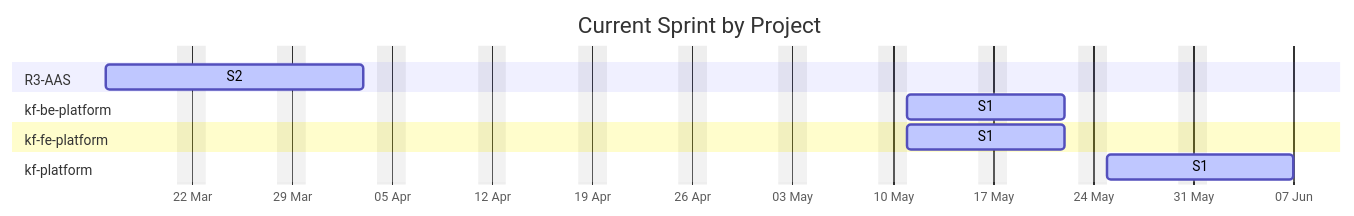
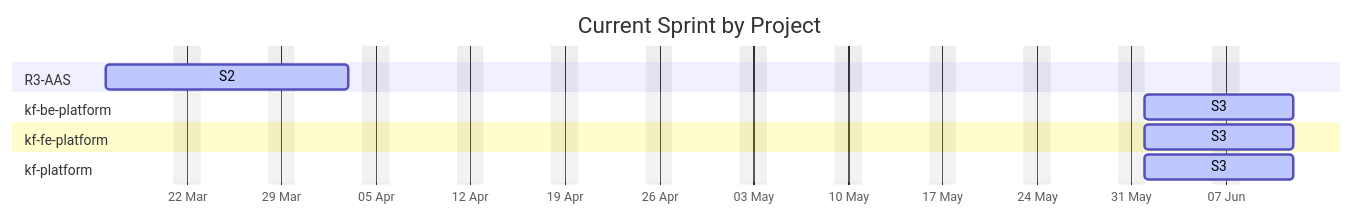
Before and after one commit to Katty-Fashion/kf-cpto: the second of 2 diagrams in docs/unified-kanban.md, drawn with Mermaid. The commit also changed other lines of this file and 11 other files, not shown here.

````diff
--- a/docs/unified-kanban.md
+++ b/docs/unified-kanban.md
@@ -142,16 +142,16 @@
 ```mermaid
 gantt
     title Current Sprint by Project
     dateFormat YYYY-MM-DD
     axisFormat %d %b
     excludes weekends
 
     section R3-AAS
     S2 :active, 2026-03-16, 2026-04-03
     section kf-be-platform
-    S1 :active, 2026-05-11, 2026-05-22
+    S3 :active, 2026-06-01, 2026-06-12
     section kf-fe-platform
-    S1 :active, 2026-05-11, 2026-05-22
+    S3 :active, 2026-06-01, 2026-06-12
     section kf-platform
-    S1 :active, 2026-05-25, 2026-06-07
+    S3 :active, 2026-06-01, 2026-06-12
 ```
````
